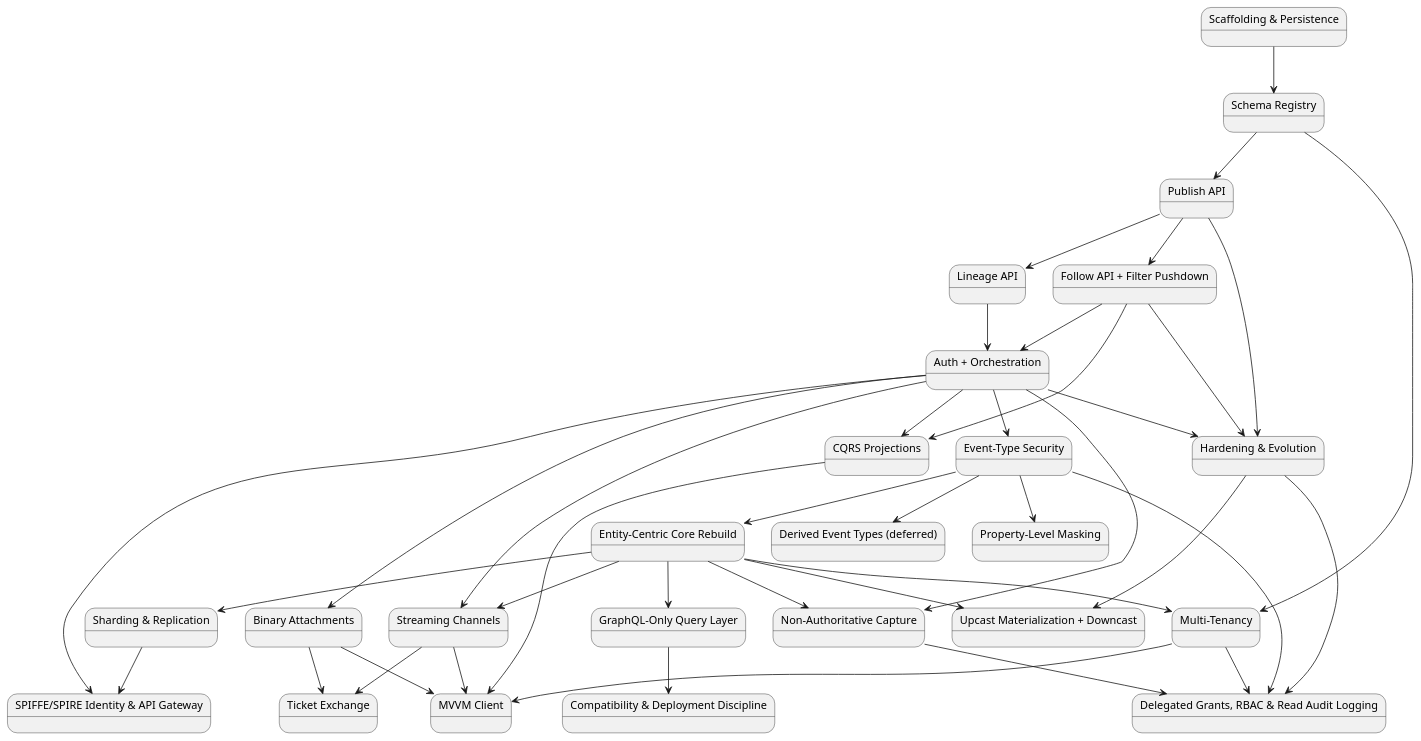
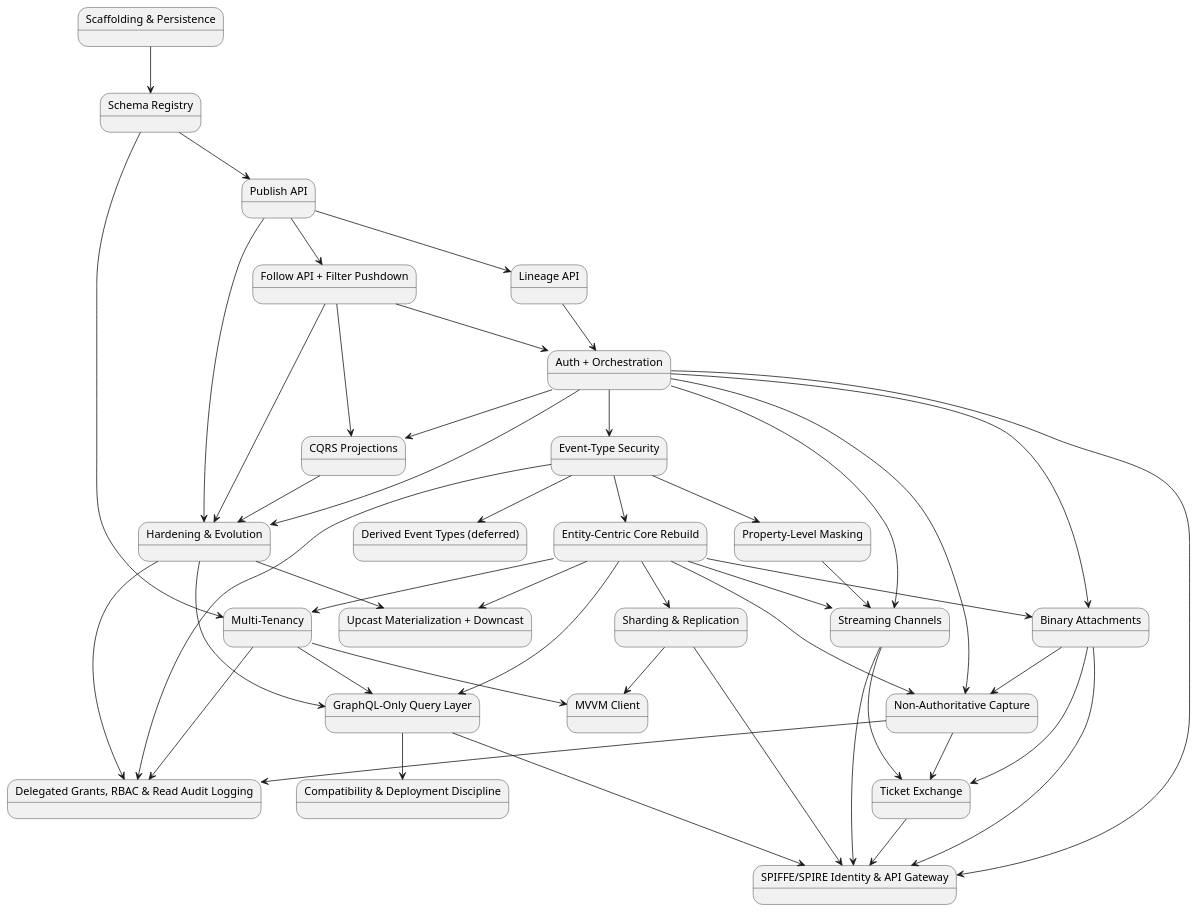
One commit to Mwwhited-BookLearning/EventSourcing changed the first of 2 diagrams in docs/08-build-plan.md. Above: the diagram before and after it, drawn with PlantUML. The commit also changed other lines of this file and 3 other files, not shown here.

````diff
--- a/docs/08-build-plan.md
+++ b/docs/08-build-plan.md
@@ -59,68 +82,77 @@
 ```plantuml
 @startuml BuildPlan_CorePhases
 state "Scaffolding & Persistence" as p0
 state "Schema Registry" as p1
 state "Publish API" as p2
 state "Lineage API" as p3
 state "Follow API + Filter Pushdown" as p4
 state "Auth + Orchestration" as p5
 state "Event-Type Security" as p6
 state "Derived Event Types (deferred)" as p7
 state "Property-Level Masking" as p8
 state "CQRS Projections" as p9
 state "Hardening & Evolution" as p10
 state "Entity-Centric Core Rebuild" as p11
 state "Multi-Tenancy" as p12
 state "Upcast Materialization + Downcast" as p13
 state "Streaming Channels" as p14
 state "Binary Attachments" as p15
 state "Sharding & Replication" as p16
 state "Non-Authoritative Capture" as p17
 state "GraphQL-Only Query Layer" as p18
 state "Compatibility & Deployment Discipline" as p19
 state "MVVM Client" as p20
 state "Ticket Exchange" as p21
 state "Delegated Grants, RBAC & Read Audit Logging" as p22
 state "SPIFFE/SPIRE Identity & API Gateway" as p23
 
 p0 --> p1
 p1 --> p2
 p2 --> p3
 p2 --> p4
 p3 --> p5
 p4 --> p5
 p5 --> p6
 p6 --> p7
 p6 --> p8
 p4 --> p9
 p5 --> p9
 p5 --> p10
 p2 --> p10
 p4 --> p10
+p9 --> p10
 p6 --> p11
 p1 --> p12
 p11 --> p12
 p10 --> p13
 p11 --> p13
 p5 --> p14
 p11 --> p14
+p8 --> p14
 p5 --> p15
+p11 --> p15
 p11 --> p16
 p11 --> p17
 p5 --> p17
+p15 --> p17
 p11 --> p18
+p12 --> p18
+p10 --> p18
 p18 --> p19
-p9 --> p20
 p12 --> p20
-p14 --> p20
-p15 --> p20
+p16 --> p20
 p14 --> p21
 p15 --> p21
+p17 --> p21
 p17 --> p22
 p6 --> p22
 p12 --> p22
 p10 --> p22
 p5 --> p23
 p16 --> p23
+p14 --> p23
+p15 --> p23
+p18 --> p23
+p21 --> p23
 @enduml
 ```
````
